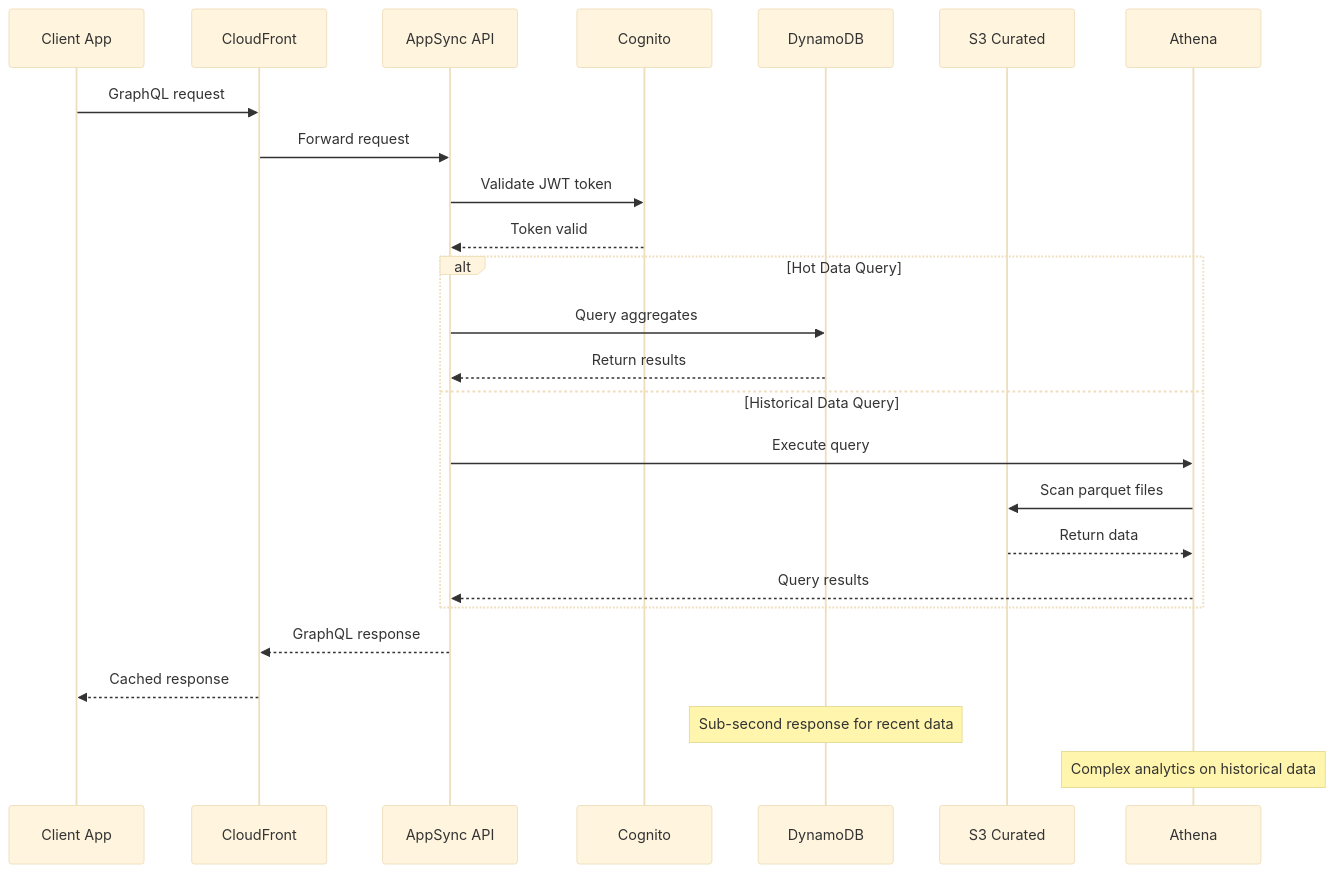
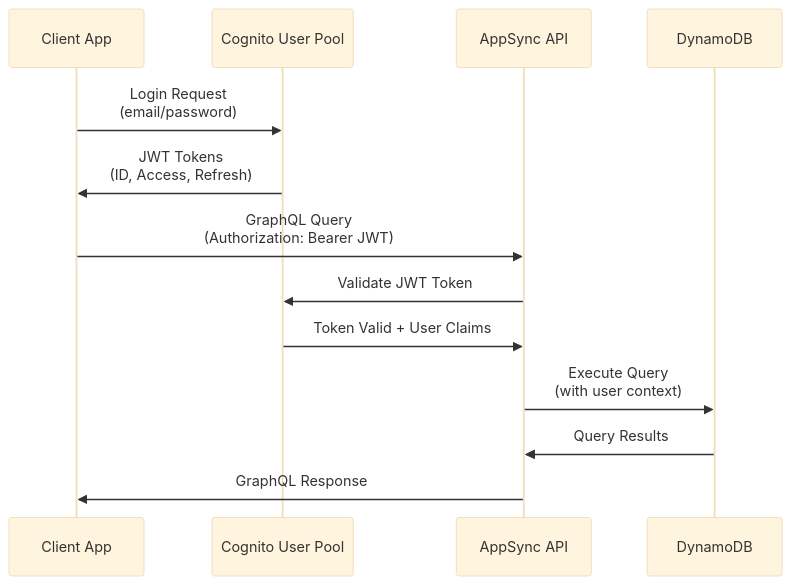
Before and after one commit to sjramblings/serverless-hackathon-opendata-pulse: the second of 2 diagrams in opendata-pulse/docs/data-flow/query-pipeline.md, drawn with Mermaid (base theme). The commit also changed other lines of this file and 13 other files, not shown here.

````diff
--- a/opendata-pulse/docs/data-flow/query-pipeline.md
+++ b/opendata-pulse/docs/data-flow/query-pipeline.md
@@ -24,31 +493,16 @@
 ```mermaid
 sequenceDiagram
     participant Client as Client App
-    participant CF as CloudFront
+    participant Cognito as Cognito User Pool
     participant AppSync as AppSync API
-    participant Auth as Cognito
     participant DDB as DynamoDB
-    participant S3 as S3 Curated
-    participant Athena as Athena
-    
-    Client->>CF: GraphQL request
-    CF->>AppSync: Forward request
-    AppSync->>Auth: Validate JWT token
-    Auth-->>AppSync: Token valid
-    
-    alt Hot Data Query
-        AppSync->>DDB: Query aggregates
-        DDB-->>AppSync: Return results
-    else Historical Data Query
-        AppSync->>Athena: Execute query
-        Athena->>S3: Scan parquet files
-        S3-->>Athena: Return data
-        Athena-->>AppSync: Query results
-    end
-    
-    AppSync-->>CF: GraphQL response
-    CF-->>Client: Cached response
-    
-    Note over DDB: Sub-second response for recent data
-    Note over Athena: Complex analytics on historical data
+
+    Client->>Cognito: Login Request<br/>(email/password)
+    Cognito->>Client: JWT Tokens<br/>(ID, Access, Refresh)
+    Client->>AppSync: GraphQL Query<br/>(Authorization: Bearer JWT)
+    AppSync->>Cognito: Validate JWT Token
+    Cognito->>AppSync: Token Valid + User Claims
+    AppSync->>DDB: Execute Query<br/>(with user context)
+    DDB->>AppSync: Query Results
+    AppSync->>Client: GraphQL Response
 ```
````
